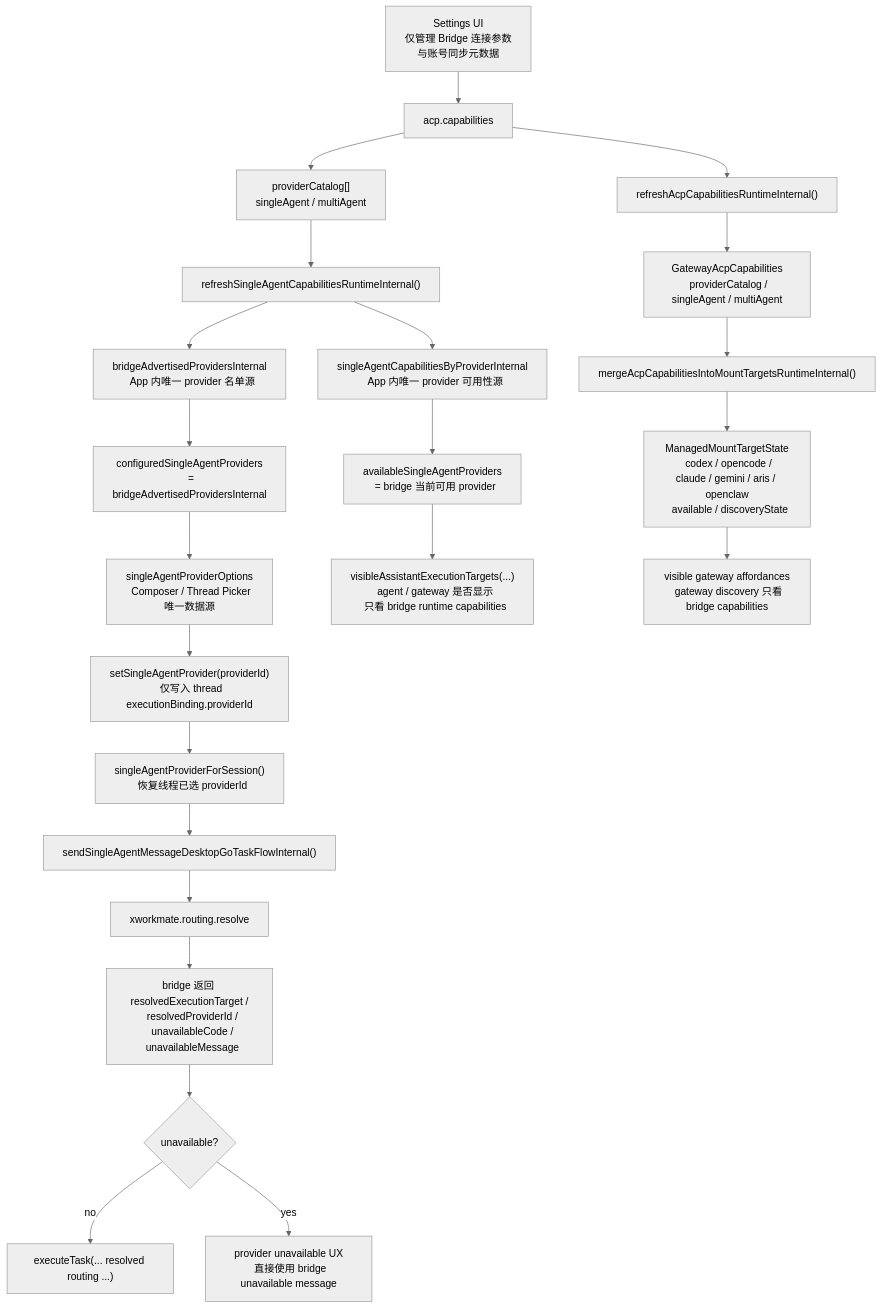
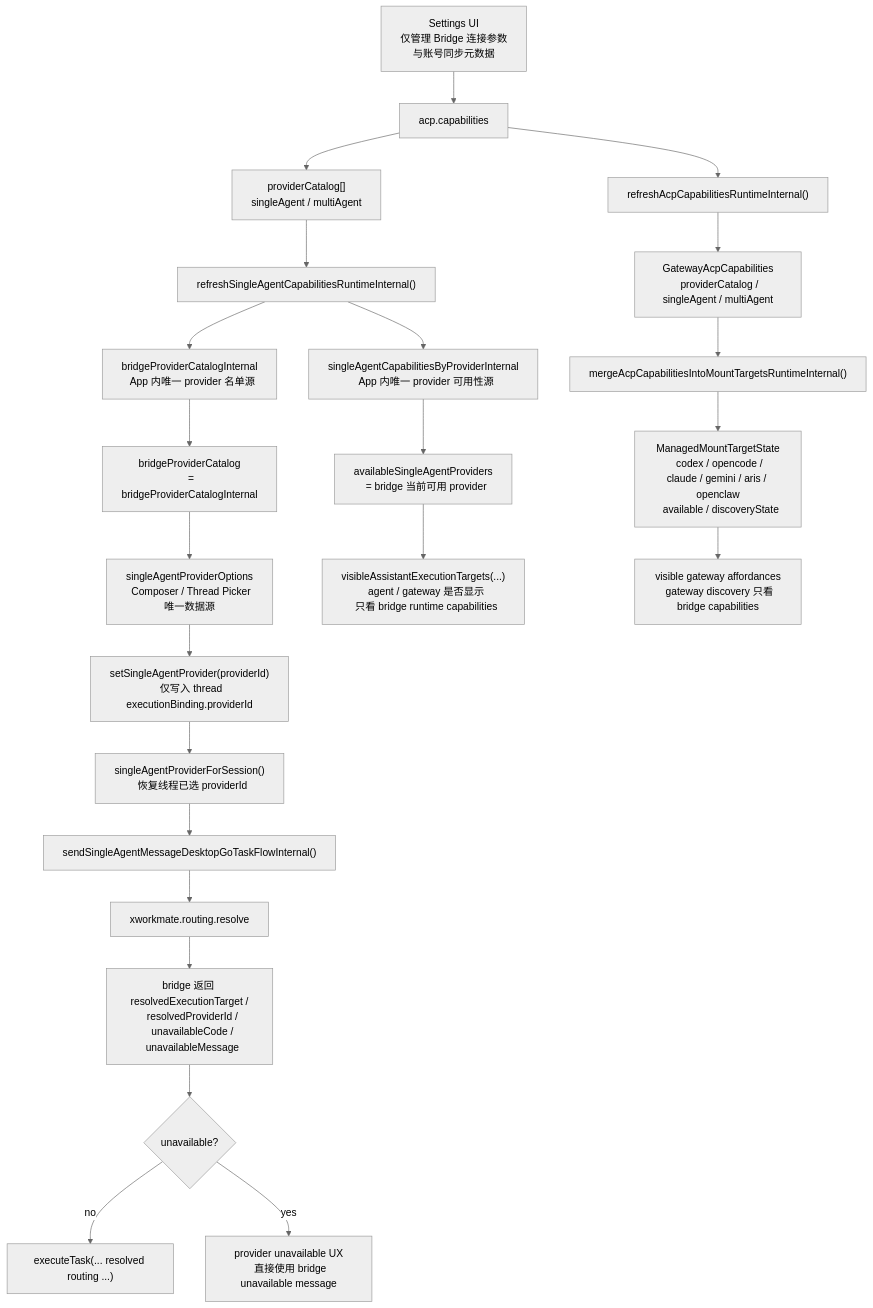
One commit to ai-workspace-lab/xworkmate-app changed the diagram in docs/architecture/settings-integration-configuration-model.md. Above: the diagram before and after it, drawn with Mermaid (neutral theme). The commit also changed 31 other files, not shown here.

Commit message:
Refactor bridge provider readiness and trim stale tests

````diff
--- a/docs/architecture/settings-integration-configuration-model.md
+++ b/docs/architecture/settings-integration-configuration-model.md
@@ -14,54 +14,54 @@
 ```mermaid
 flowchart TD
   A["Settings UI
   仅管理 Bridge 连接参数
   与账号同步元数据"] --> G["acp.capabilities"]
   G --> H["providerCatalog[]
   singleAgent / multiAgent"]
 
   H --> I["refreshSingleAgentCapabilitiesRuntimeInternal()"]
-  I --> J["bridgeAdvertisedProvidersInternal
+  I --> J["bridgeProviderCatalogInternal
   App 内唯一 provider 名单源"]
   I --> K["singleAgentCapabilitiesByProviderInternal
   App 内唯一 provider 可用性源"]
 
   G --> L["refreshAcpCapabilitiesRuntimeInternal()"]
   L --> M["GatewayAcpCapabilities
   providerCatalog / singleAgent / multiAgent"]
   M --> N["mergeAcpCapabilitiesIntoMountTargetsRuntimeInternal()"]
   N --> O["ManagedMountTargetState
   codex / opencode / claude / gemini / aris / openclaw
   available / discoveryState"]
 
-  J --> P["configuredSingleAgentProviders
-  = bridgeAdvertisedProvidersInternal"]
+  J --> P["bridgeProviderCatalog
+  = bridgeProviderCatalogInternal"]
   P --> Q["singleAgentProviderOptions
   Composer / Thread Picker 唯一数据源"]
 
   K --> R["availableSingleAgentProviders
   = bridge 当前可用 provider"]
   R --> S["visibleAssistantExecutionTargets(...)
   agent / gateway 是否显示
   只看 bridge runtime capabilities"]
 
   O --> T["visible gateway affordances
   gateway discovery 只看 bridge capabilities"]
 
   Q --> U["setSingleAgentProvider(providerId)
   仅写入 thread executionBinding.providerId"]
 
   U --> V["singleAgentProviderForSession()
   恢复线程已选 providerId"]
 
   V --> W["sendSingleAgentMessageDesktopGoTaskFlowInternal()"]
   W --> X["xworkmate.routing.resolve"]
   X --> Y["bridge 返回 resolvedExecutionTarget /
   resolvedProviderId /
   unavailableCode /
   unavailableMessage"]
 
   Y --> Z{"unavailable?"}
   Z -->|"no"| AA["executeTask(... resolved routing ...)"]
   Z -->|"yes"| AB["provider unavailable UX
   直接使用 bridge unavailable message"]
 ```
````
